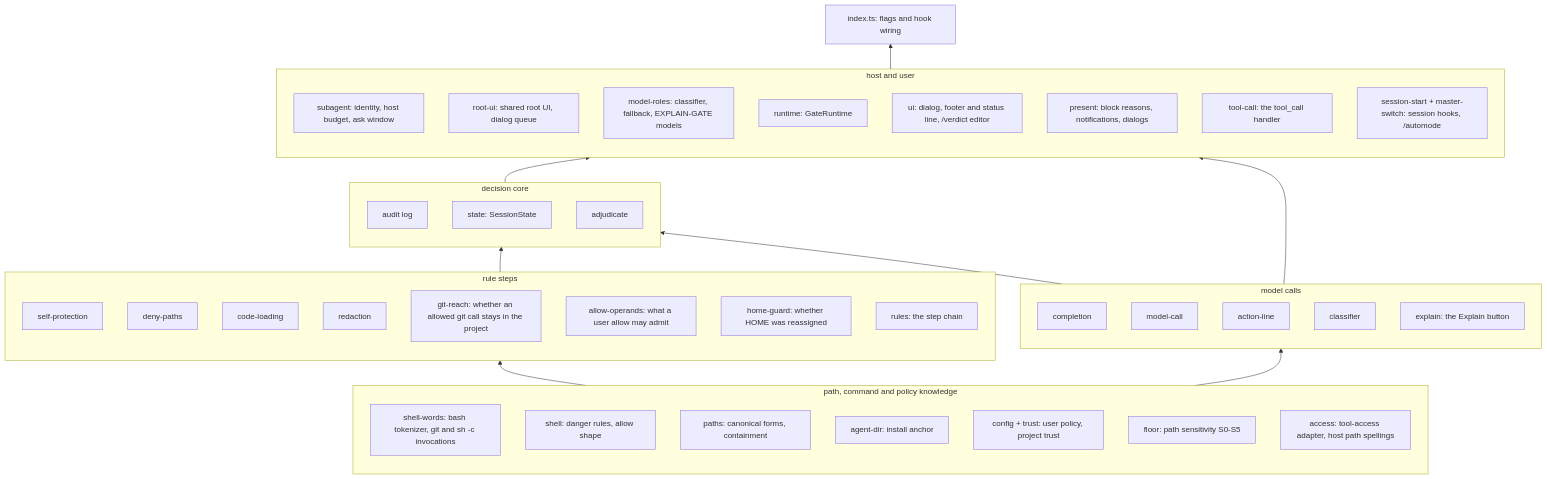
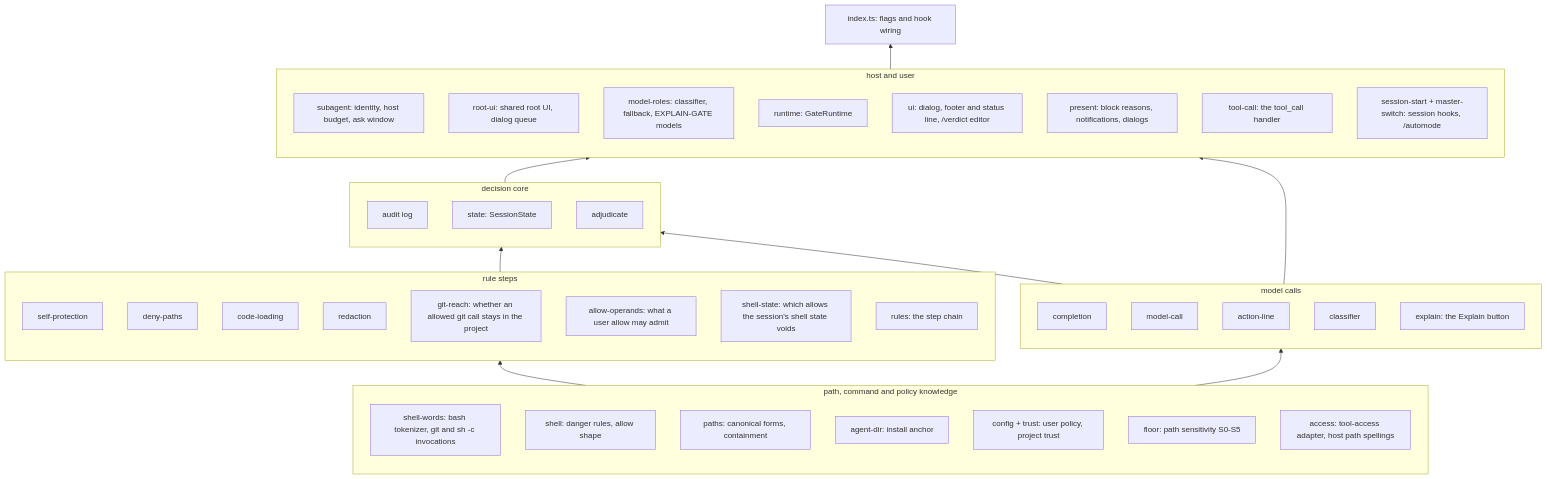
Before and after one commit to jonatsu/pi-verdict: the fifth of 5 diagrams in docs/architecture.md, drawn with Mermaid. The commit also changed other lines of this file and 10 other files, not shown here.

````diff
--- a/docs/architecture.md
+++ b/docs/architecture.md
@@ -212,52 +213,52 @@
 ```mermaid
 flowchart BT
   subgraph knowledge [path, command and policy knowledge]
     shellwords[shell-words: bash tokenizer, git and sh -c invocations]
     shell[shell: danger rules, allow shape]
     paths[paths: canonical forms, containment]
     agentdir[agent-dir: install anchor]
     config[config + trust: user policy, project trust]
     floor[floor: path sensitivity S0-S5]
     access[access: tool-access adapter, host path spellings]
   end
   subgraph layers [rule steps]
     self[self-protection]
     denyp[deny-paths]
     codeload[code-loading]
     redaction[redaction]
     gitreach[git-reach: whether an allowed git call stays in the project]
     allowops[allow-operands: what a user allow may admit]
-    homeguard[home-guard: whether HOME was reassigned]
+    shellstate[shell-state: which allows the session's shell state voids]
     rules[rules: the step chain]
   end
   subgraph model [model calls]
     completion[completion]
     modelcall[model-call]
     actionline[action-line]
     classifier[classifier]
     explain[explain: the Explain button]
   end
   subgraph core [decision core]
     audit[audit log]
     state[state: SessionState]
     adjudicate[adjudicate]
   end
   subgraph host [host and user]
     subagent[subagent: identity, host budget, ask window]
     rootui[root-ui: shared root UI, dialog queue]
     roles[model-roles: classifier, fallback, EXPLAIN-GATE models]
     runtime[runtime: GateRuntime]
     ui[ui: dialog, footer and status line, /verdict editor]
     present[present: block reasons, notifications, dialogs]
     toolcall[tool-call: the tool_call handler]
     session[session-start + master-switch: session hooks, /automode]
   end
   index[index.ts: flags and hook wiring]
   knowledge --> layers
   knowledge --> model
   layers --> core
   model --> core
   core --> host
   model --> host
   host --> index
 ```
````
